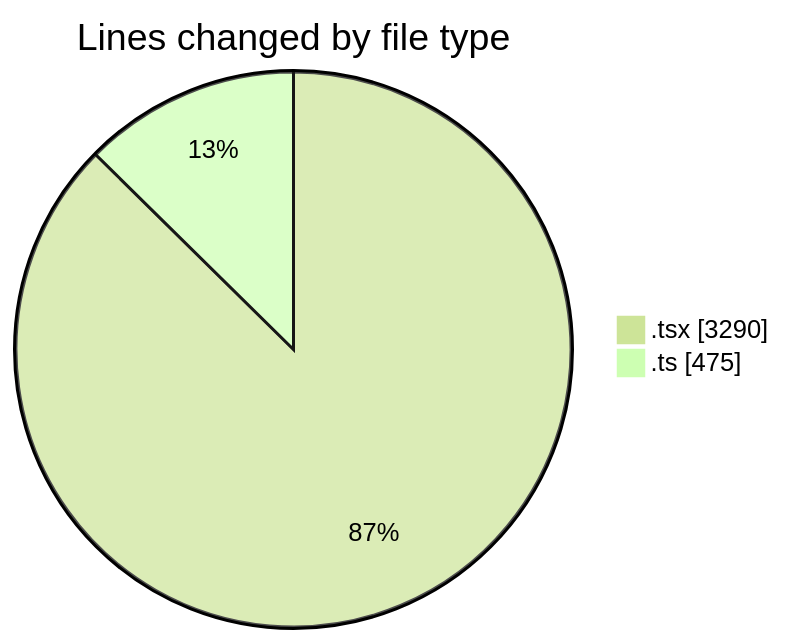
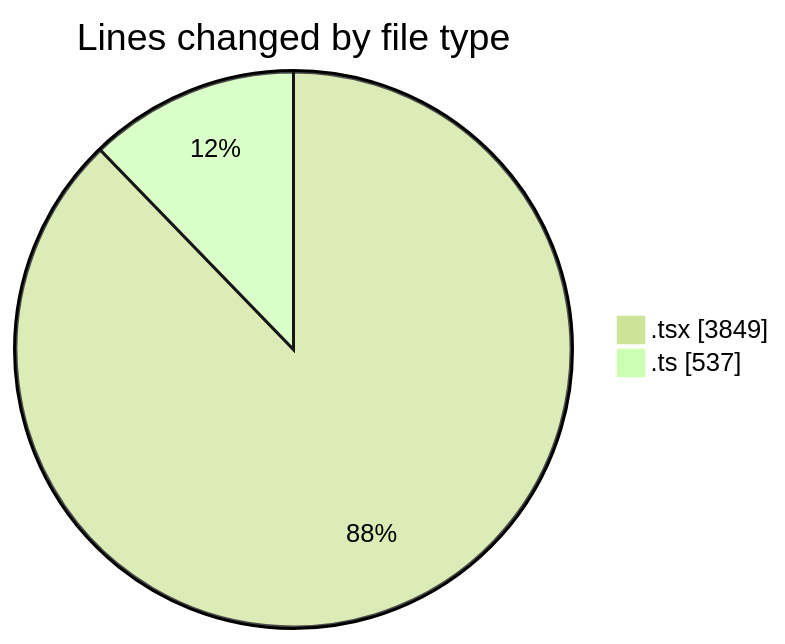
Before and after one commit to nxtqubesakshisongat/code-tracking: the first of 2 diagrams in 2026-03-10/nxtqube_webapp/README.md, drawn with Mermaid (forest theme). The commit also changed other lines of this file and 1 other file, not shown here.

````diff
--- a/2026-03-10/nxtqube_webapp/README.md
+++ b/2026-03-10/nxtqube_webapp/README.md
@@ -25,6 +26,6 @@
 ```mermaid
 pie showData
 title Lines changed by file type
-".tsx" : 3290
-".ts" : 475
+".tsx" : 3849
+".ts" : 537
 ```
````
